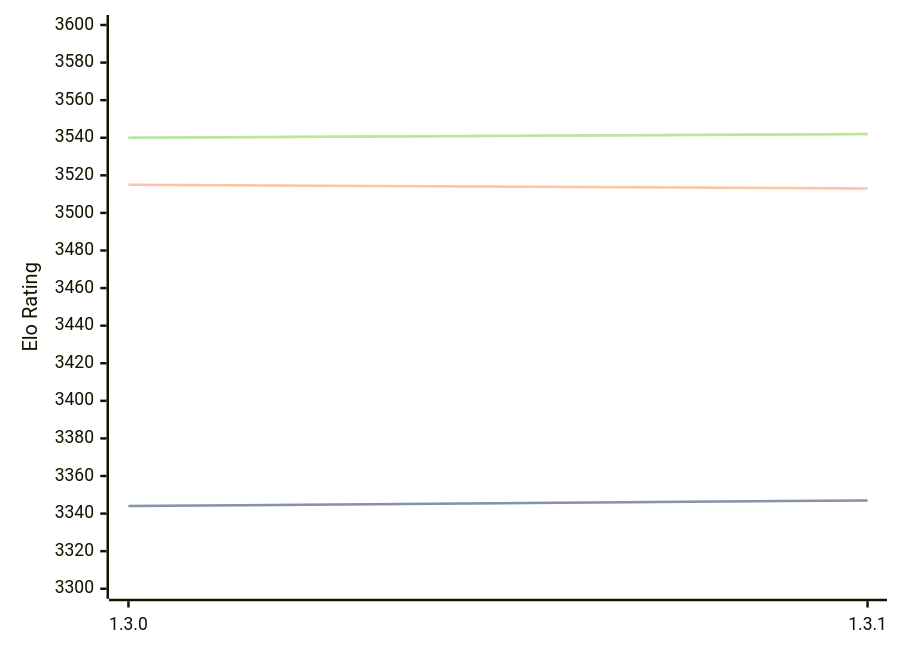
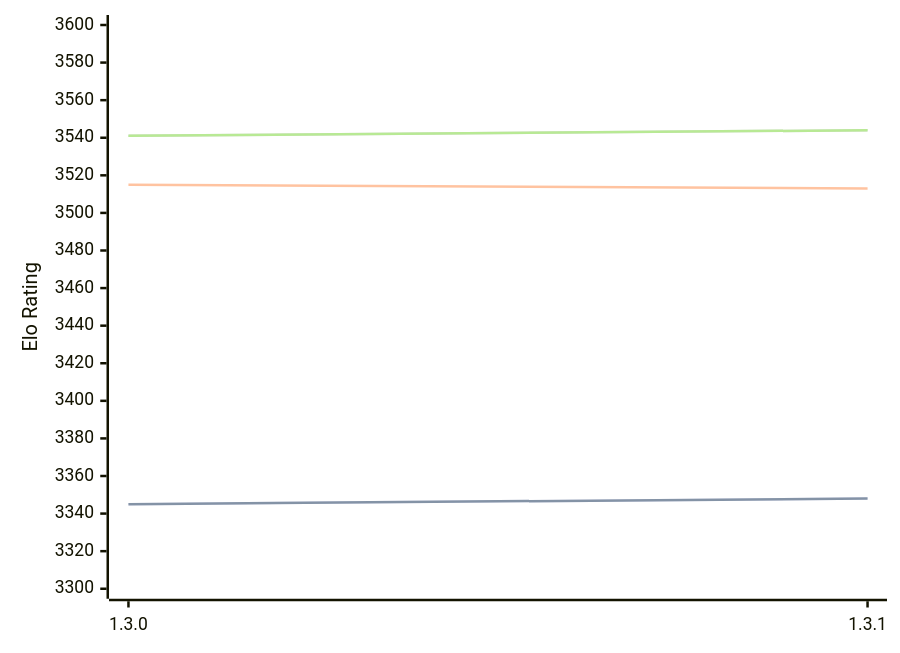
The diagram in engines/Renegade.md (computer-chess-index/cci), drawn with Mermaid before and after one commit. The commit also changed other lines of this file, not shown here.

Commit message:
Update CCI Ratings (ELO VLTC) - 2026-09-06

````diff
--- a/engines/Renegade.md
+++ b/engines/Renegade.md
@@ -33,11 +33,11 @@
 ```mermaid
 %%{init: {"theme":"base","themeVariables":{"seriesColors:['#a3a3a3','#222221','#faa371']}}}%%
 xychart-beta
   x-axis ["1.3.0", "1.3.1"]
   y-axis "Elo Rating" 3300 --> 3600
-  line "" [3344, 3347]
-  line "STC (8.0+0.08s)" [3344, 3347]
+  line "" [3345, 3348]
+  line "STC (8.0+0.08s)" [3345, 3348]
   line "LTC (60.0+0.60s)" [3515, 3513]
-  line "" [3540, 3542]
-  line "VLTC (2m24s+1.12s)" [3540, 3542]
+  line "" [3541, 3544]
+  line "VLTC (2m24s+1.12s)" [3541, 3544]
 ```
````
